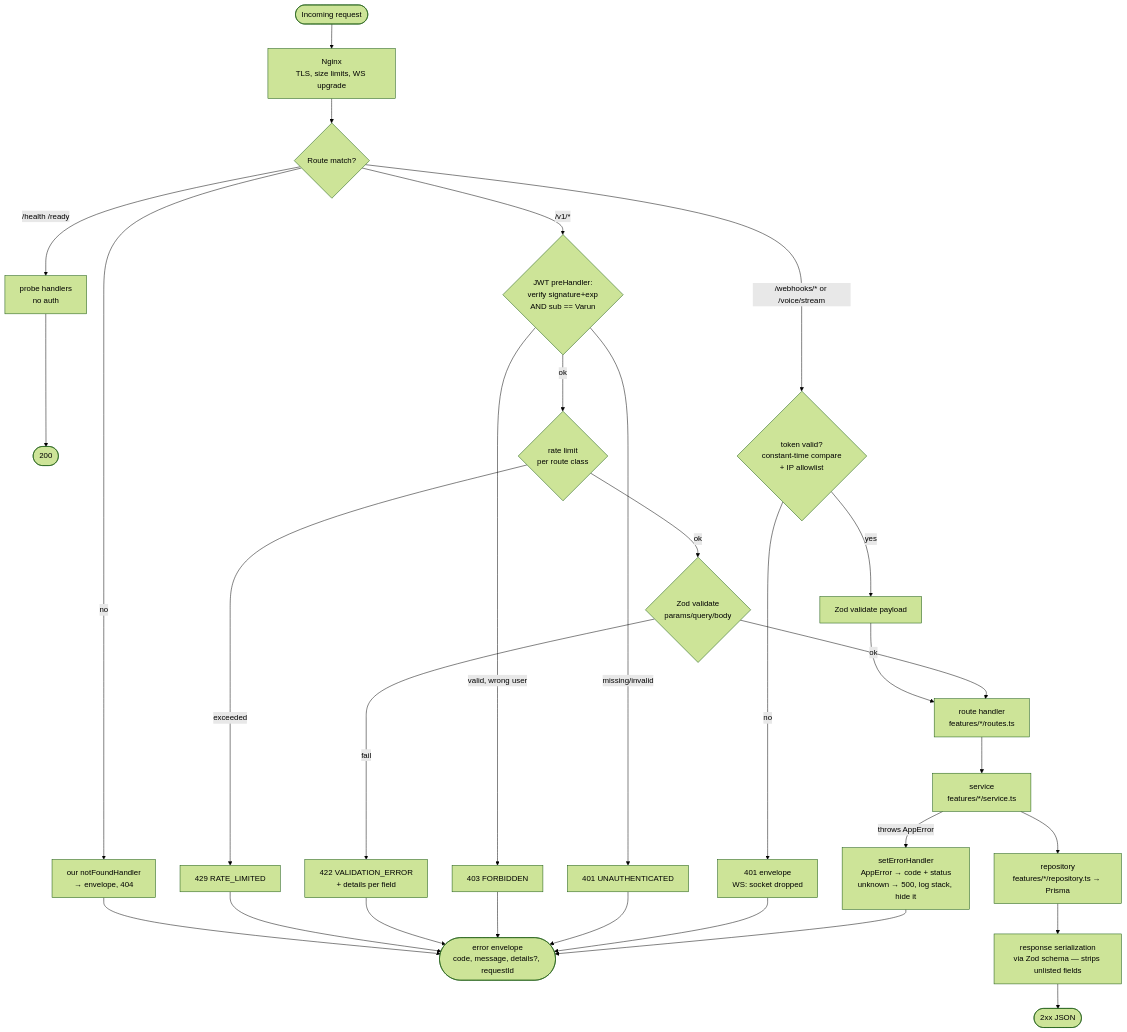
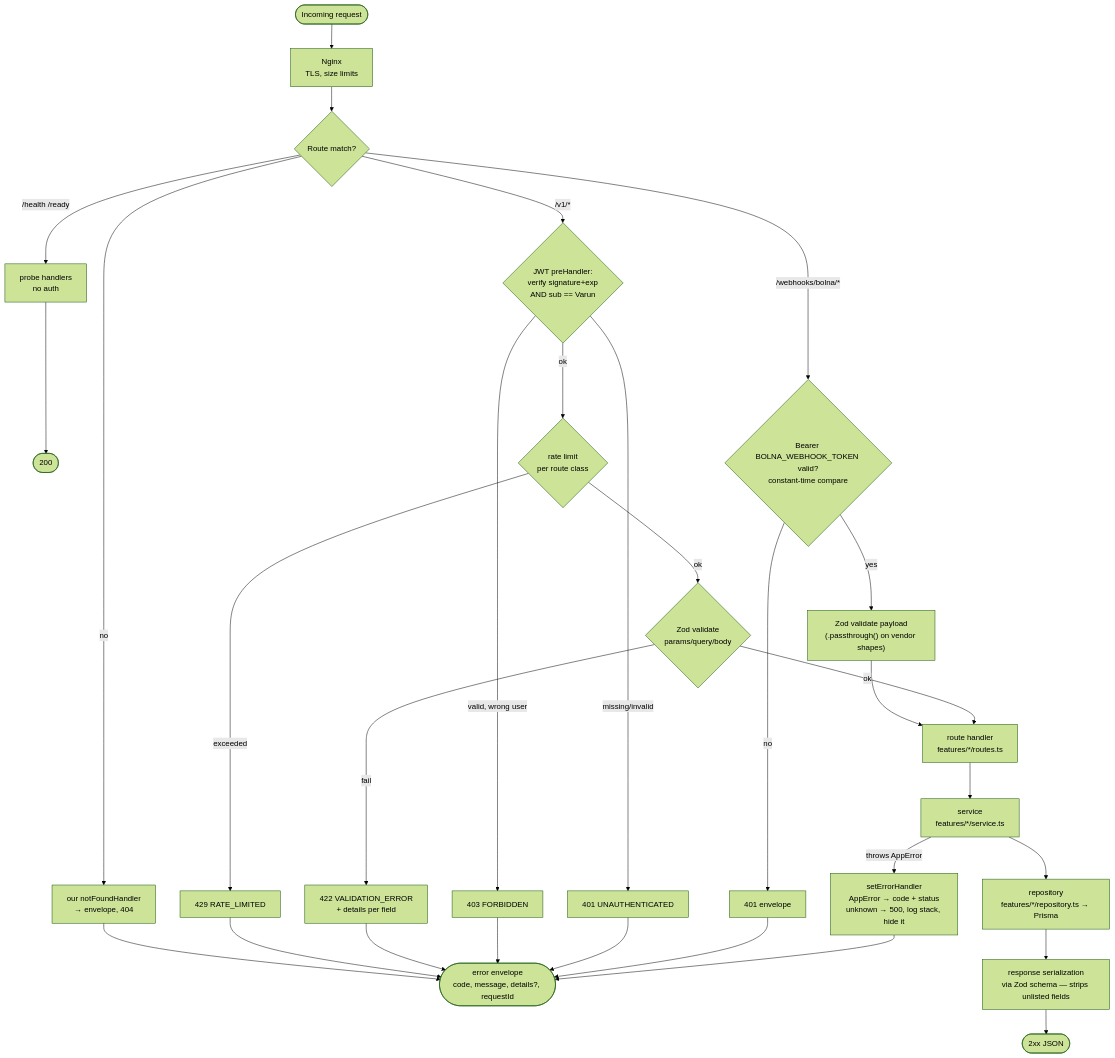
The diagram in docs/12_API_DESIGN.md (gandhi120/RecruitPilot_AI), drawn with Mermaid (forest theme) before and after one commit. The commit also changed other lines of this file and 34 other files, not shown here.

First line of the commit message:
docs: pivot voice stack to Bolna; archive DIY vendor docs as phase-2 reference

````diff
--- a/docs/12_API_DESIGN.md
+++ b/docs/12_API_DESIGN.md
@@ -175,31 +176,31 @@
 ```mermaid
 flowchart TB
-    REQ([Incoming request]) --> NGINX[Nginx<br/>TLS, size limits, WS upgrade]
+    REQ([Incoming request]) --> NGINX[Nginx<br/>TLS, size limits]
     NGINX --> ROUTER{Route match?}
     ROUTER -->|no| NF["our notFoundHandler<br/>→ envelope, 404"]
     ROUTER -->|/health /ready| PROBE["probe handlers<br/>no auth"] --> OK200([200])
-    ROUTER -->|/webhooks/* or /voice/stream| TOK{"token valid?<br/>constant-time compare<br/>+ IP allowlist"}
-    TOK -->|no| E401A["401 envelope<br/>WS: socket dropped"]
-    TOK -->|yes| WHV[Zod validate payload]
+    ROUTER -->|/webhooks/bolna/*| TOK{"Bearer BOLNA_WEBHOOK_TOKEN valid?<br/>constant-time compare"}
+    TOK -->|no| E401A[401 envelope]
+    TOK -->|yes| WHV["Zod validate payload<br/>(.passthrough() on vendor shapes)"]
     ROUTER -->|/v1/*| JWTC{"JWT preHandler:<br/>verify signature+exp<br/>AND sub == Varun"}
     JWTC -->|missing/invalid| E401[401 UNAUTHENTICATED]
     JWTC -->|valid, wrong user| E403[403 FORBIDDEN]
     JWTC -->|ok| RL{"rate limit<br/>per route class"}
     RL -->|exceeded| E429[429 RATE_LIMITED]
     RL -->|ok| VAL{"Zod validate<br/>params/query/body"}
     VAL -->|fail| E422["422 VALIDATION_ERROR<br/>+ details per field"]
     VAL -->|ok| ROUTE["route handler<br/>features/*/routes.ts"]
     ROUTE --> SVC["service<br/>features/*/service.ts"]
     SVC --> REPO["repository<br/>features/*/repository.ts → Prisma"]
     SVC -->|throws AppError| EH["setErrorHandler<br/>AppError → code + status<br/>unknown → 500, log stack, hide it"]
     EH --> ENV(["error envelope<br/>code, message, details?, requestId"])
     REPO --> SER[response serialization<br/>via Zod schema — strips unlisted fields]
     SER --> RESP([2xx JSON])
     E401A --> ENV
     E401 --> ENV
     E403 --> ENV
     E422 --> ENV
     E429 --> ENV
     NF --> ENV
     WHV --> ROUTE
 ```
````
